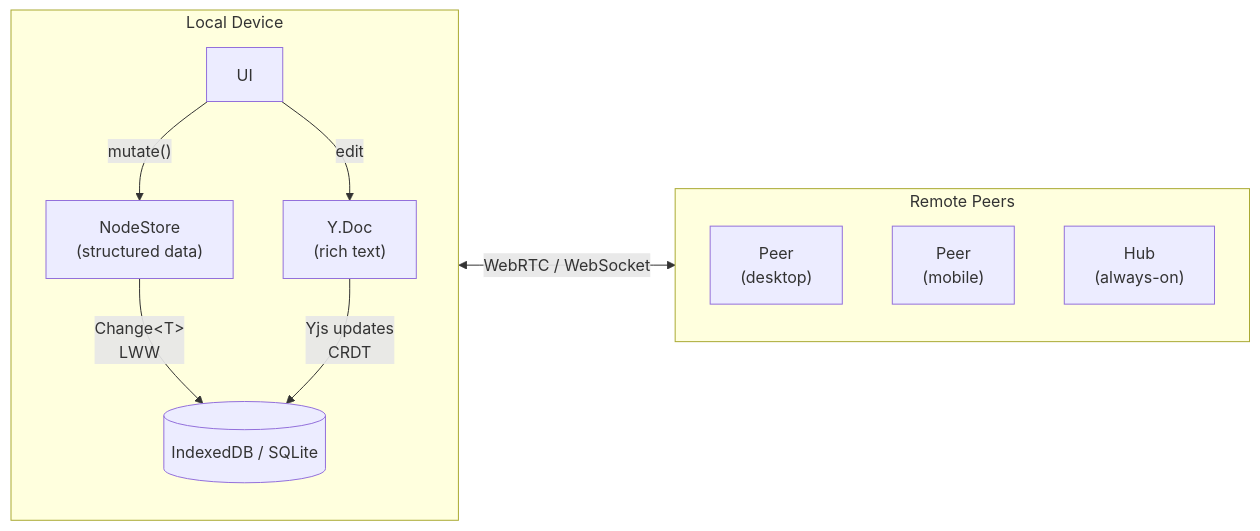
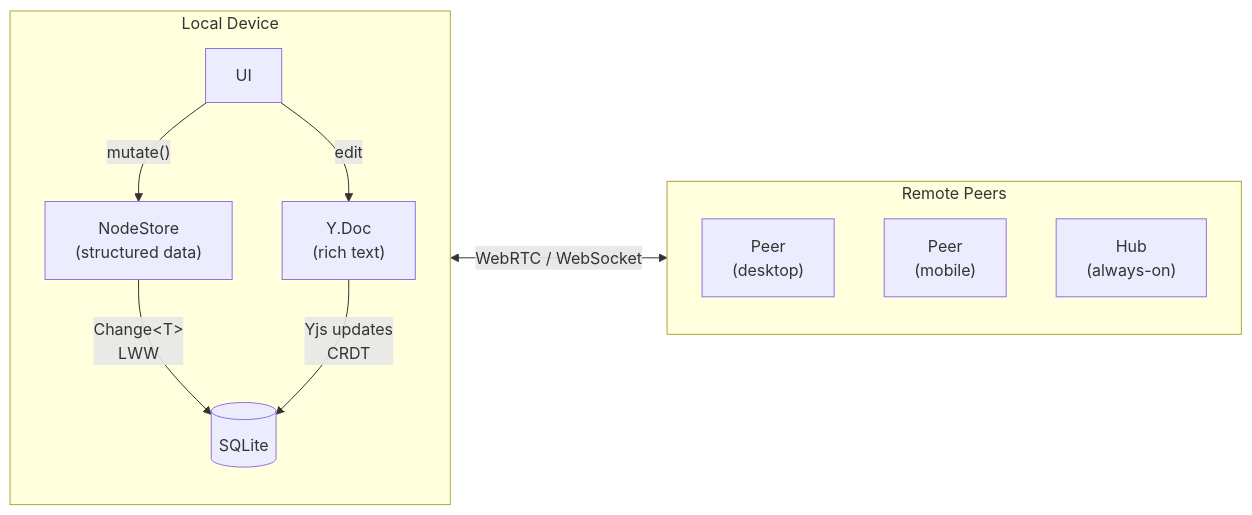
One commit to crs48/xNet changed the second of 2 diagrams in README.md. Above: the diagram before and after it, drawn with Mermaid. The commit also changed other lines of this file and 22 other files, not shown here.

````diff
--- a/README.md
+++ b/README.md
@@ -176,22 +176,22 @@
 ```mermaid
 flowchart LR
     subgraph Local["Local Device"]
         UI["UI"]
         NodeStore["NodeStore<br/>(structured data)"]
         YDoc["Y.Doc<br/>(rich text)"]
-        DB[("IndexedDB / SQLite")]
+        DB[("SQLite")]
     end
 
     subgraph Remote["Remote Peers"]
         Peer1["Peer<br/>(desktop)"]
         Peer2["Peer<br/>(mobile)"]
         HubNode["Hub<br/>(always-on)"]
     end
 
     UI -->|"mutate()"| NodeStore
     UI -->|"edit"| YDoc
     NodeStore -->|"Change&lt;T&gt;<br/>LWW"| DB
     YDoc -->|"Yjs updates<br/>CRDT"| DB
 
     Local <-->|"WebRTC / WebSocket"| Remote
 ```
````
